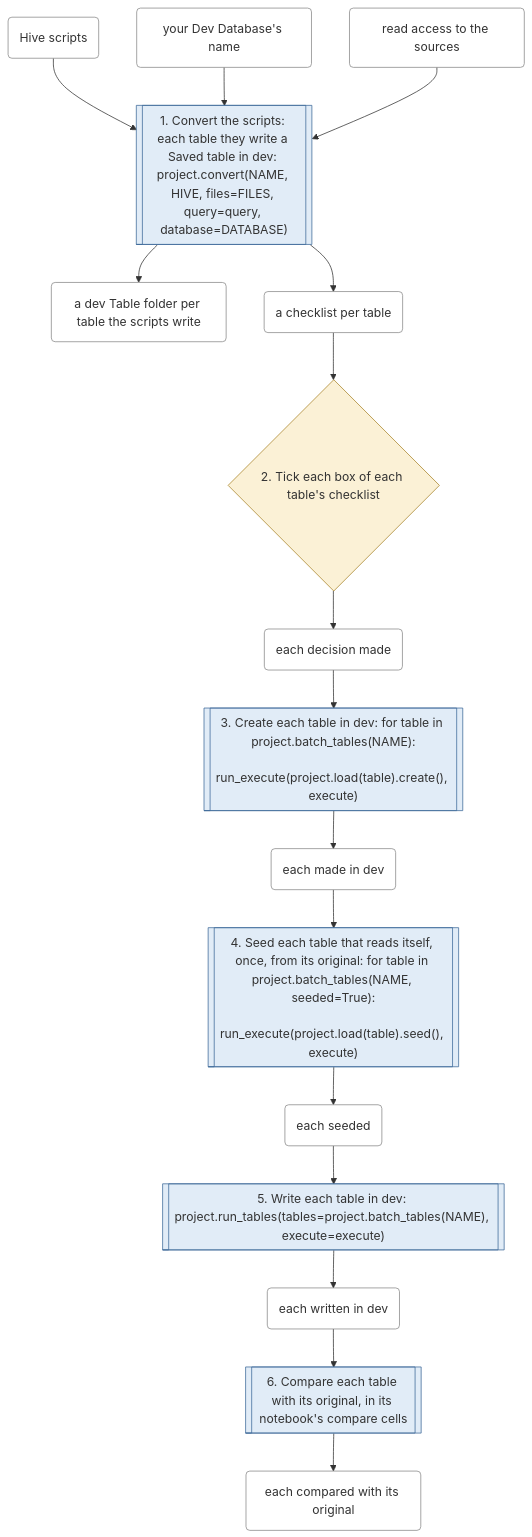
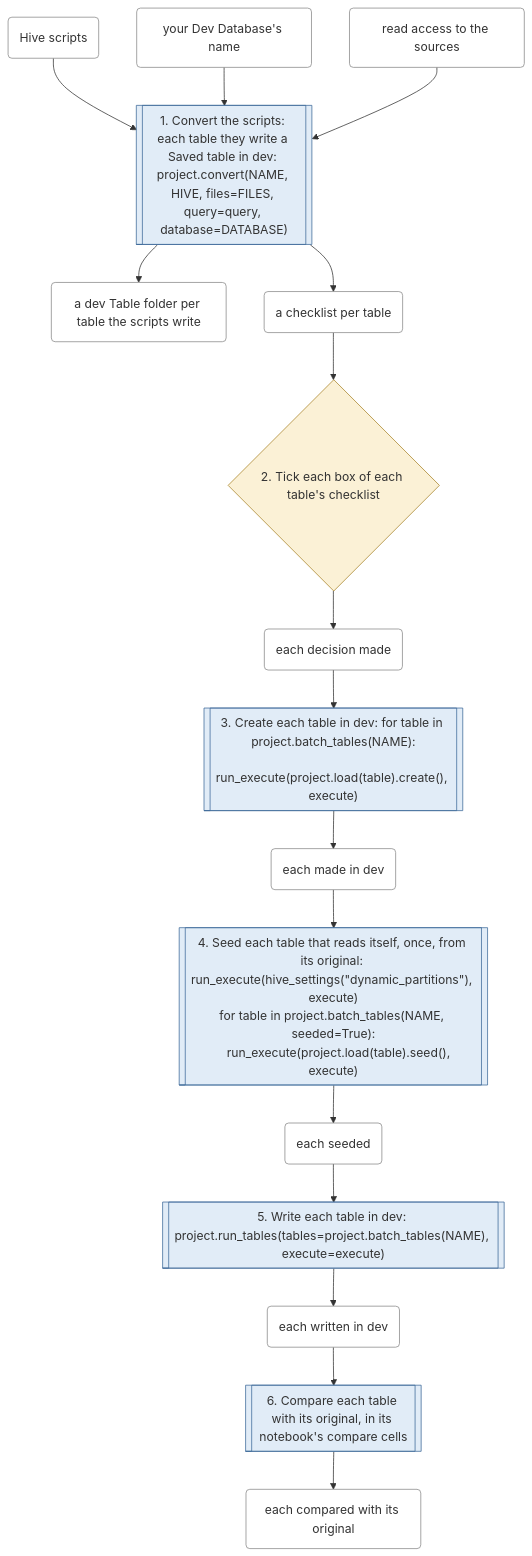
The first of 6 diagrams in docs/workflows.md (EdgyPage/SQL-Composer), drawn with Mermaid before and after one commit. The commit also changed 27 other files, not shown here.

First line of the commit message:
fix(8.0): ticket 15's review: CTE pieces, a write kept as Hive, the seed's setting, D337 D338 D339

````diff
--- a/docs/workflows.md
+++ b/docs/workflows.md
@@ -23,57 +23,58 @@
 ```mermaid
 flowchart TD
     s0[["1. Convert the scripts: each table they write a Saved table in dev: project.convert(NAME, HIVE, files=FILES, query=query, database=DATABASE)"]]
     class s0 permission
     t0 --> s0
     t1 --> s0
     t2 --> s0
     s0 --> t3
     s0 --> t4
     s1{"2. Tick each box of each table's checklist"}
     class s1 decision
     t4 --> s1
     s1 --> t5
     s2[["3. Create each table in dev: for table in project.batch_tables(NAME):
     run_execute(project.load(table).create(), execute)"]]
     class s2 permission
     t5 --> s2
     s2 --> t6
-    s3[["4. Seed each table that reads itself, once, from its original: for table in project.batch_tables(NAME, seeded=True):
+    s3[["4. Seed each table that reads itself, once, from its original: run_execute(hive_settings(#quot;dynamic_partitions#quot;), execute)
+for table in project.batch_tables(NAME, seeded=True):
     run_execute(project.load(table).seed(), execute)"]]
     class s3 permission
     t6 --> s3
     s3 --> t7
     s4[["5. Write each table in dev: project.run_tables(tables=project.batch_tables(NAME), execute=execute)"]]
     class s4 permission
     t7 --> s4
     s4 --> t8
     s5[["6. Compare each table with its original, in its notebook's compare cells"]]
     class s5 permission
     t8 --> s5
     s5 --> t9
     t0("Hive scripts")
     class t0 thing
     t1("your Dev Database's name")
     class t1 thing
     t2("read access to the sources")
     class t2 thing
     t3("a dev Table folder per table the scripts write")
     class t3 thing
     t4("a checklist per table")
     class t4 thing
     t5("each decision made")
     class t5 thing
     t6("each made in dev")
     class t6 thing
     t7("each seeded")
     class t7 thing
     t8("each written in dev")
     class t8 thing
     t9("each compared with its original")
     class t9 thing
     classDef file fill:#e3f2e1,stroke:#4a8a3f
     classDef permission fill:#e1ecf7,stroke:#3f6a9a
     classDef decision fill:#fbf1d6,stroke:#a8842a
     classDef fiddling fill:#f8d7d5,stroke:#b03a30
     classDef thing fill:#ffffff,stroke:#888888
 ```
````
